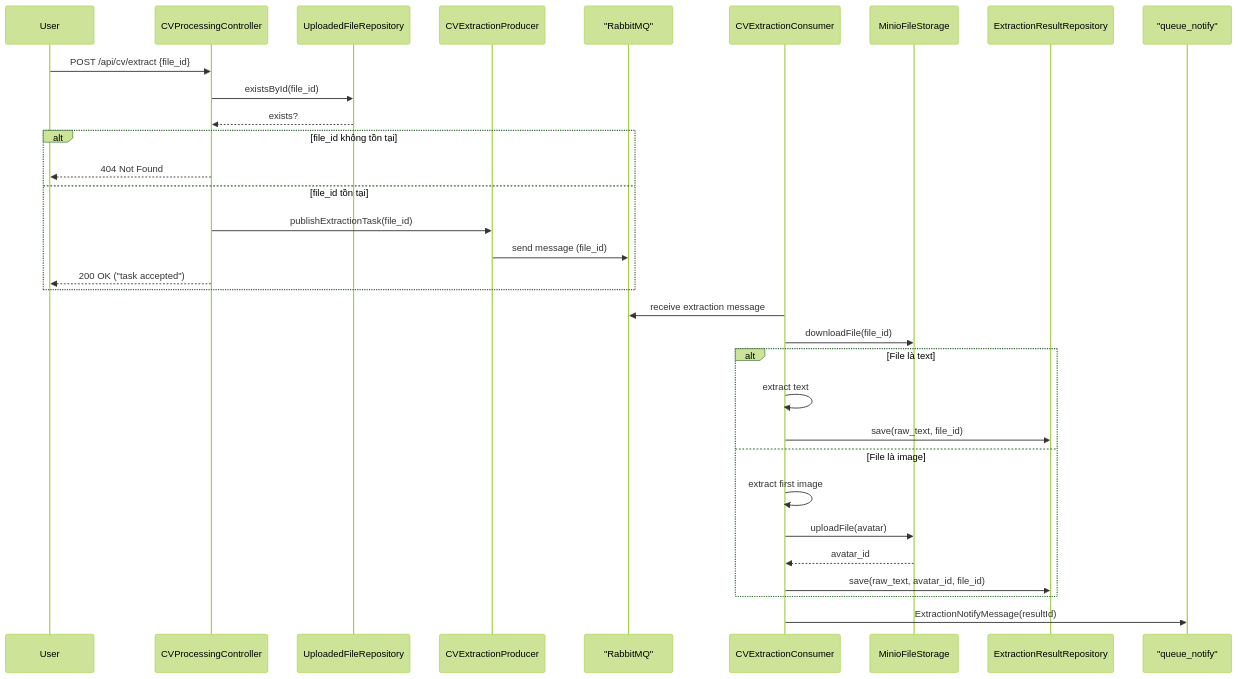
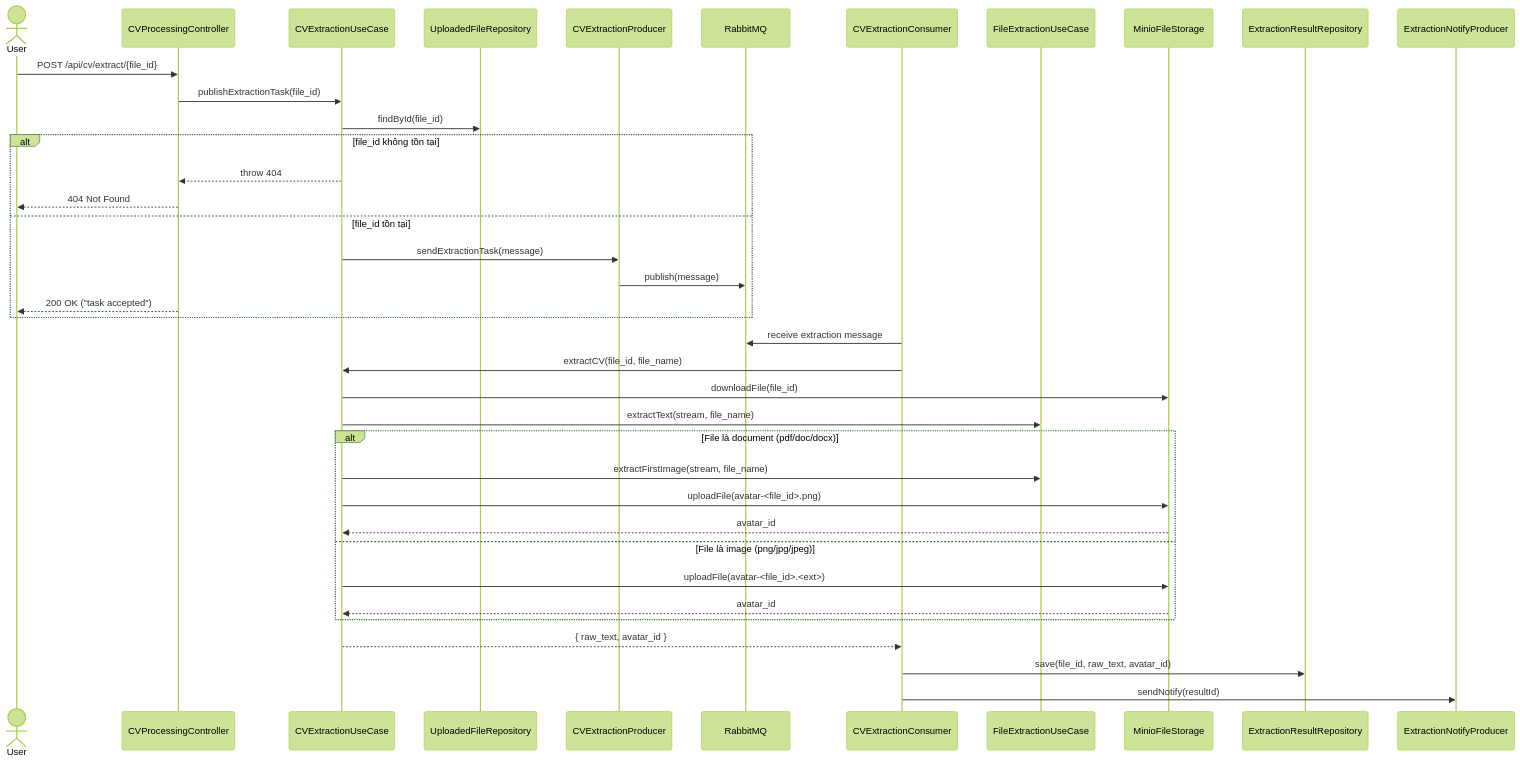
The diagram in diagrams/extract.md (nguyentantai21042004/co3065-advanced-software-engineering), drawn with Mermaid (forest theme) before and after one commit. The commit also changed 12 other files, not shown here.

Commit message:
feat(gemini-integration): add Google Gemini API configuration and client implementation; enhance MinIO storage for avatar handling

````diff
--- a/diagrams/extract.md
+++ b/diagrams/extract.md
@@ -1,36 +1,42 @@
 ```mermaid
 sequenceDiagram
-    participant User
+    actor User
     participant CVProcessingController
+    participant CVExtractionUseCase
     participant UploadedFileRepository
     participant CVExtractionProducer
-    participant RabbitMQ as "RabbitMQ"
+    participant RabbitMQ
     participant CVExtractionConsumer
+    participant FileExtractionUseCase
     participant MinioFileStorage
     participant ExtractionResultRepository
-    participant queue_notify as "queue_notify"
+    participant ExtractionNotifyProducer
 
-    User->>CVProcessingController: POST /api/cv/extract {file_id}
-    CVProcessingController->>UploadedFileRepository: existsById(file_id)
-    UploadedFileRepository-->>CVProcessingController: exists?
+    User->>CVProcessingController: POST /api/cv/extract/{file_id}
+    CVProcessingController->>CVExtractionUseCase: publishExtractionTask(file_id)
+    CVExtractionUseCase->>UploadedFileRepository: findById(file_id)
     alt file_id không tồn tại
+        CVExtractionUseCase-->>CVProcessingController: throw 404
         CVProcessingController-->>User: 404 Not Found
     else file_id tồn tại
-        CVProcessingController->>CVExtractionProducer: publishExtractionTask(file_id)
-        CVExtractionProducer->>RabbitMQ: send message (file_id)
+        CVExtractionUseCase->>CVExtractionProducer: sendExtractionTask(message)
+        CVExtractionProducer->>RabbitMQ: publish(message)
         CVProcessingController-->>User: 200 OK ("task accepted")
     end
 
     CVExtractionConsumer->>RabbitMQ: receive extraction message
-    CVExtractionConsumer->>MinioFileStorage: downloadFile(file_id)
-    alt File là text
-        CVExtractionConsumer->>CVExtractionConsumer: extract text
-        CVExtractionConsumer->>ExtractionResultRepository: save(raw_text, file_id)
-    else File là image
-        CVExtractionConsumer->>CVExtractionConsumer: extract first image
-        CVExtractionConsumer->>MinioFileStorage: uploadFile(avatar)
-        MinioFileStorage-->>CVExtractionConsumer: avatar_id
-        CVExtractionConsumer->>ExtractionResultRepository: save(raw_text, avatar_id, file_id)
+    CVExtractionConsumer->>CVExtractionUseCase: extractCV(file_id, file_name)
+    CVExtractionUseCase->>MinioFileStorage: downloadFile(file_id)
+    CVExtractionUseCase->>FileExtractionUseCase: extractText(stream, file_name)
+    alt File là document (pdf/doc/docx)
+        CVExtractionUseCase->>FileExtractionUseCase: extractFirstImage(stream, file_name)
+        CVExtractionUseCase->>MinioFileStorage: uploadFile(avatar-<file_id>.png)
+        MinioFileStorage-->>CVExtractionUseCase: avatar_id
+    else File là image (png/jpg/jpeg)
+        CVExtractionUseCase->>MinioFileStorage: uploadFile(avatar-<file_id>.<ext>)
+        MinioFileStorage-->>CVExtractionUseCase: avatar_id
     end
-    CVExtractionConsumer->>queue_notify: ExtractionNotifyMessage(resultId)
+    CVExtractionUseCase-->>CVExtractionConsumer: { raw_text, avatar_id }
+    CVExtractionConsumer->>ExtractionResultRepository: save(file_id, raw_text, avatar_id)
+    CVExtractionConsumer->>ExtractionNotifyProducer: sendNotify(resultId)
 ```
````
